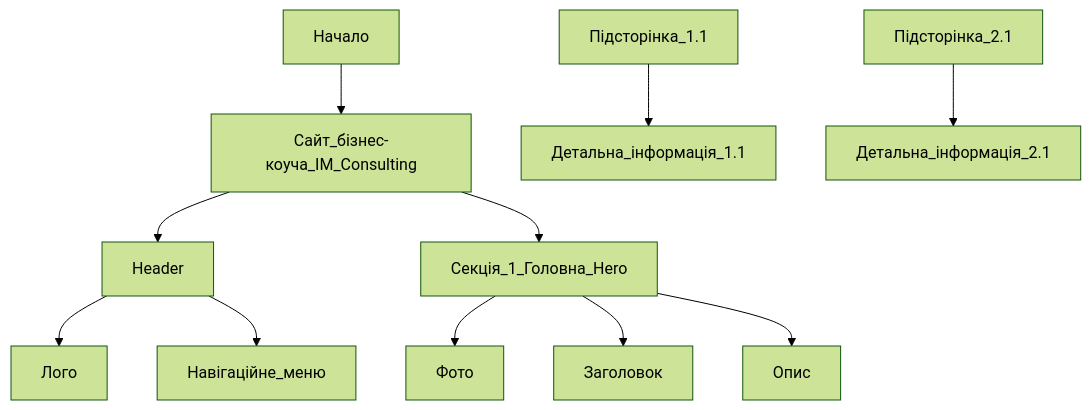
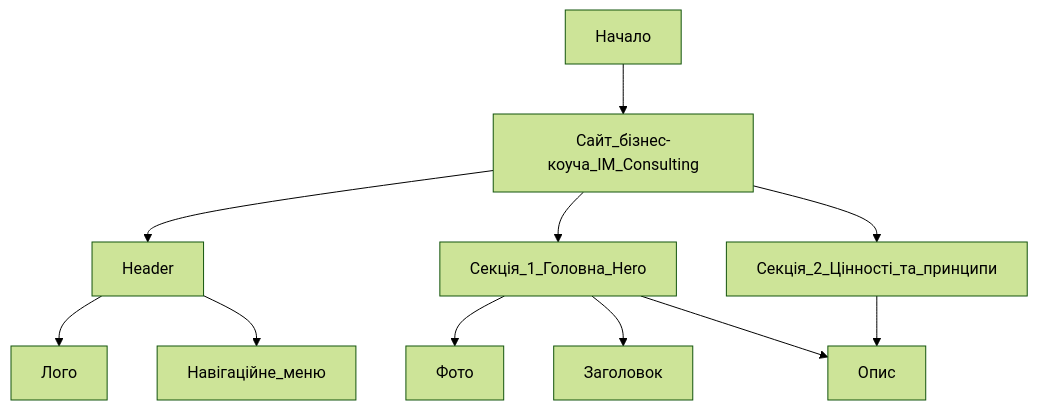
One commit to sergio-nezhigay/carptravel changed the diagram in README.md. Above: the diagram before and after it, drawn with Mermaid (forest theme).

Commit message:
formatting test1

````diff
--- a/README.md
+++ b/README.md
@@ -57,13 +57,14 @@
 ```mermaid
 graph TD;
     Начало --> Сайт_бізнес-коуча_IM_Consulting
     Сайт_бізнес-коуча_IM_Consulting --> Header
     Сайт_бізнес-коуча_IM_Consulting --> Секція_1_Головна_Hero
+    Сайт_бізнес-коуча_IM_Consulting --> Секція_2_Цінності_та_принципи
     Header --> Лого
     Header --> Навігаційне_меню
     Секція_1_Головна_Hero --> Фото
     Секція_1_Головна_Hero --> Заголовок
     Секція_1_Головна_Hero --> Опис
-    Підсторінка_1.1 --> Детальна_інформація_1.1
-    Підсторінка_2.1 --> Детальна_інформація_2.1
+    Секція_2_Цінності_та_принципи --> Опис
+
 ```
````
